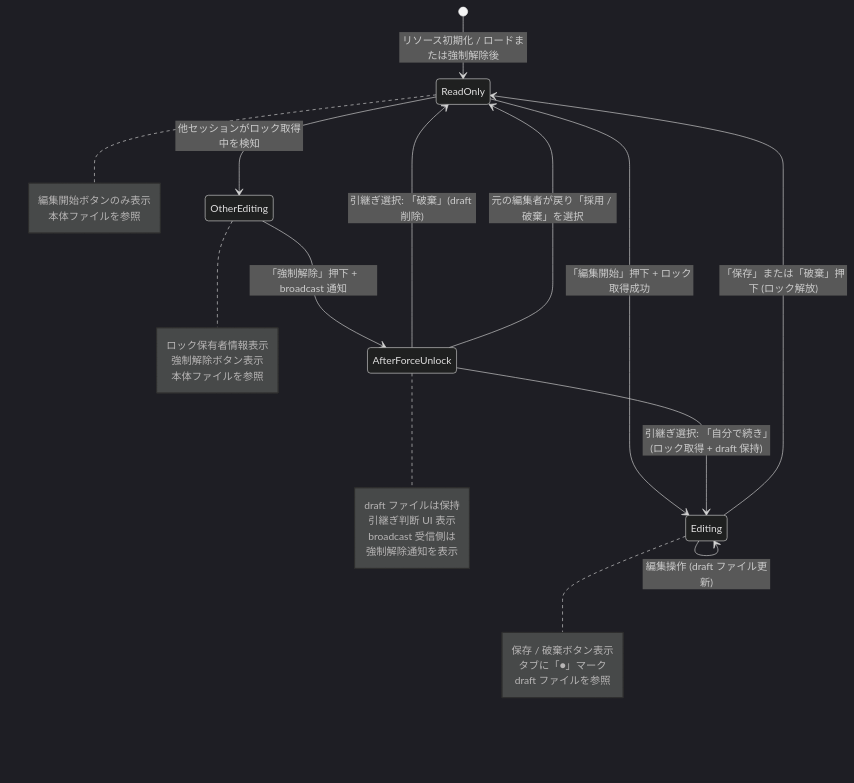
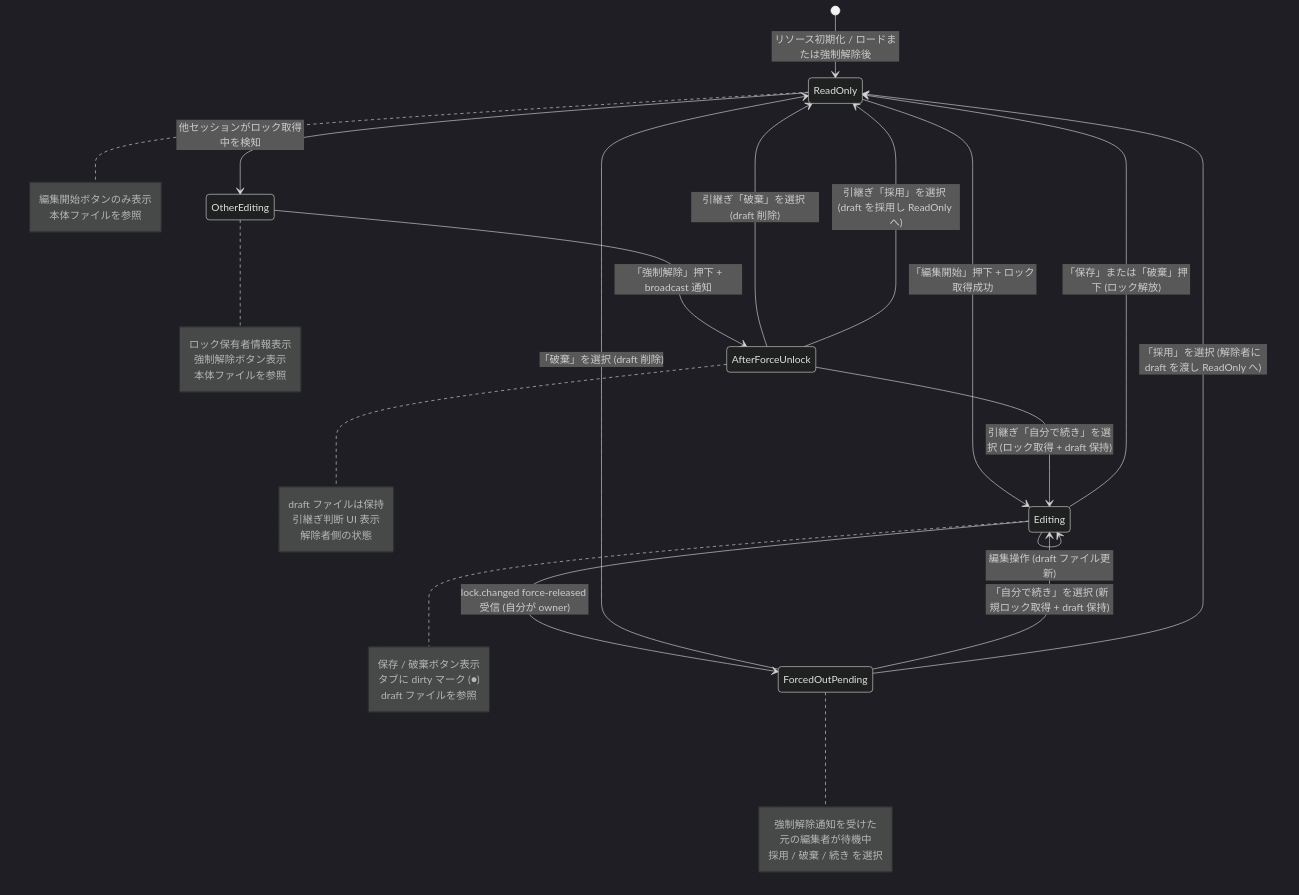
One commit to csilost2001/html-designer changed the diagram in docs/spec/edit-session-draft.md. Above: the diagram before and after it, drawn with Mermaid (dark theme). The commit also changed other lines of this file, not shown here.

Commit message:
docs(spec): edit-session-draft.md レビュー指摘対応 (#684)
- 状態遷移図に強制解除受信側 (ForcedOutPending) を追加し
  「採用 / 破棄 / 自分で続き」3 分岐を明記 (Should-fix 1)
- mermaid 遷移ラベルの二重コロン解消 (Should-fix 2)
- mermaid note 内の「●」を代替表現に置換 (Nit)

````diff
--- a/docs/spec/edit-session-draft.md
+++ b/docs/spec/edit-session-draft.md
@@ -392,40 +392,50 @@
 ```mermaid
 stateDiagram-v2
     [*] --> ReadOnly: リソース初期化 / ロードまたは強制解除後
 
     ReadOnly --> Editing: 「編集開始」押下 + ロック取得成功
     ReadOnly --> OtherEditing: 他セッションがロック取得中を検知
 
     Editing --> ReadOnly: 「保存」または「破棄」押下 (ロック解放)
     Editing --> Editing: 編集操作 (draft ファイル更新)
+    Editing --> ForcedOutPending: lock.changed force-released 受信 (自分が owner)
 
     OtherEditing --> AfterForceUnlock: 「強制解除」押下 + broadcast 通知
 
-    AfterForceUnlock --> ReadOnly: 引継ぎ選択: 「破棄」(draft 削除)
-    AfterForceUnlock --> Editing: 引継ぎ選択: 「自分で続き」(ロック取得 + draft 保持)
-    AfterForceUnlock --> ReadOnly: 元の編集者が戻り「採用 / 破棄」を選択
+    AfterForceUnlock --> ReadOnly: 引継ぎ「破棄」を選択 (draft 削除)
+    AfterForceUnlock --> Editing: 引継ぎ「自分で続き」を選択 (ロック取得 + draft 保持)
+    AfterForceUnlock --> ReadOnly: 引継ぎ「採用」を選択 (draft を採用し ReadOnly へ)
+
+    ForcedOutPending --> ReadOnly: 「破棄」を選択 (draft 削除)
+    ForcedOutPending --> Editing: 「自分で続き」を選択 (新規ロック取得 + draft 保持)
+    ForcedOutPending --> ReadOnly: 「採用」を選択 (解除者に draft を渡し ReadOnly へ)
 
     note right of ReadOnly
         編集開始ボタンのみ表示
         本体ファイルを参照
     end note
 
     note right of Editing
         保存 / 破棄ボタン表示
-        タブに「●」マーク
+        タブに dirty マーク (●)
         draft ファイルを参照
     end note
 
     note right of OtherEditing
         ロック保有者情報表示
         強制解除ボタン表示
         本体ファイルを参照
     end note
 
     note right of AfterForceUnlock
         draft ファイルは保持
         引継ぎ判断 UI 表示
-        broadcast 受信側は
-        強制解除通知を表示
+        解除者側の状態
+    end note
+
+    note right of ForcedOutPending
+        強制解除通知を受けた
+        元の編集者が待機中
+        採用 / 破棄 / 続き を選択
     end note
 ```
````
